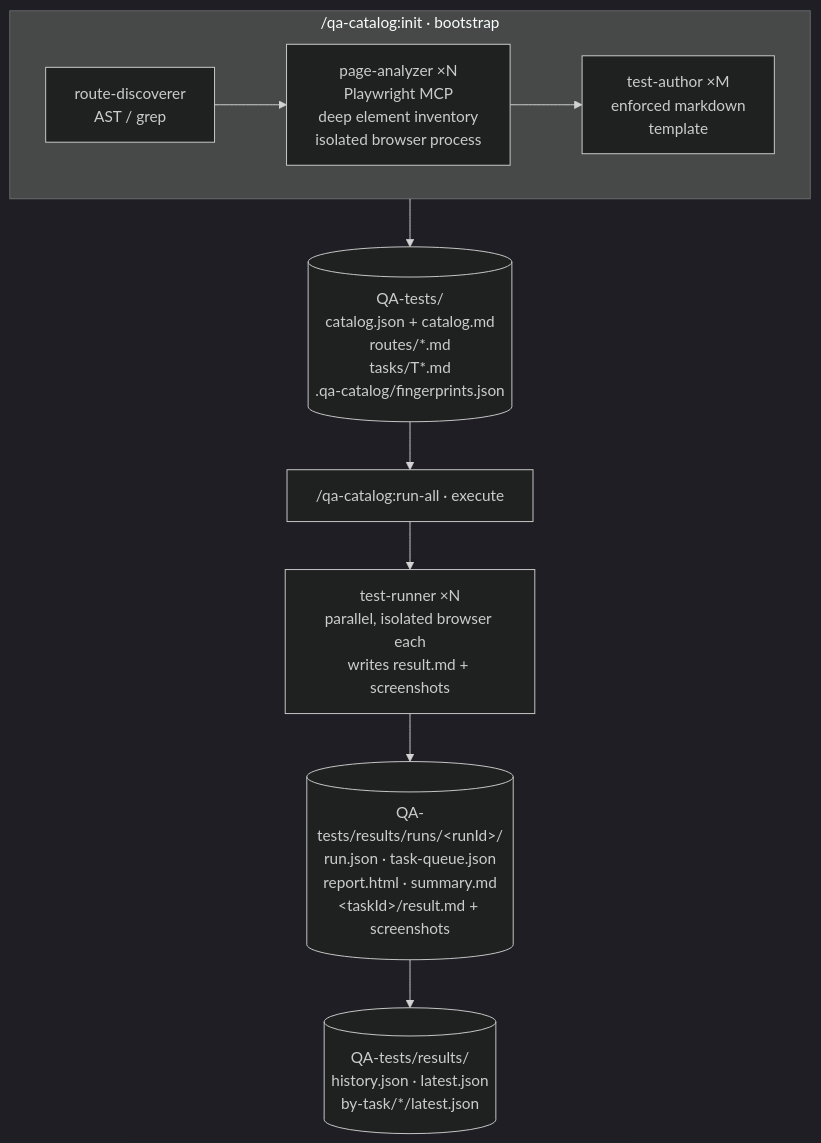
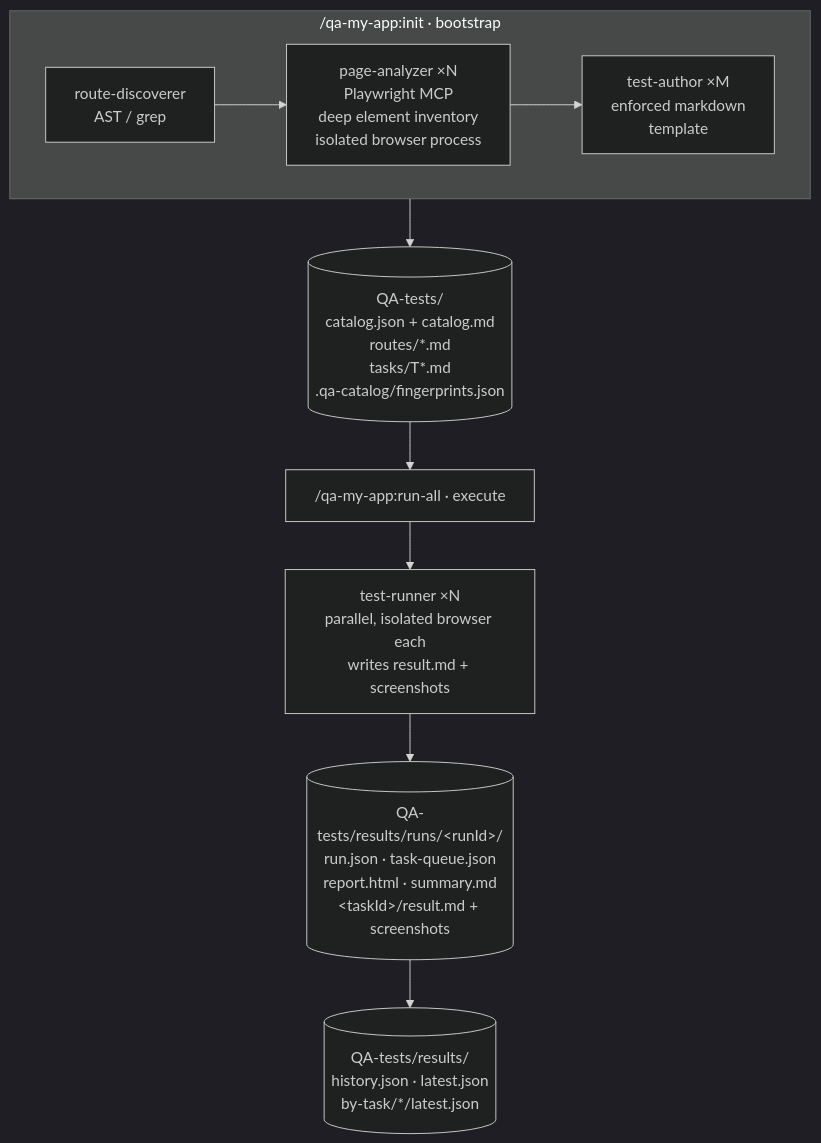
Before and after one commit to elwizard33/qa-my-app: the diagram in docs/ARCHITECTURE.md, drawn with Mermaid (dark theme). The commit also changed other lines of this file and 54 other files, not shown here.

````diff
--- a/docs/ARCHITECTURE.md
+++ b/docs/ARCHITECTURE.md
@@ -7,20 +7,20 @@
 ```mermaid
 flowchart TD
-    subgraph bootstrap["/qa-catalog:init  ·  bootstrap"]
+    subgraph bootstrap["/qa-my-app:init  ·  bootstrap"]
       direction LR
       RD[route-discoverer<br/>AST / grep]
       PA[page-analyzer ×N<br/>Playwright MCP<br/>deep element inventory<br/>isolated browser process]
       TA[test-author ×M<br/>enforced markdown<br/>template]
       RD --> PA --> TA
     end
 
     bootstrap --> Catalog[(QA-tests/<br/>catalog.json + catalog.md<br/>routes/*.md<br/>tasks/T*.md<br/>.qa-catalog/fingerprints.json)]
 
-    Catalog --> Execute["/qa-catalog:run-all  ·  execute"]
+    Catalog --> Execute["/qa-my-app:run-all  ·  execute"]
 
     Execute --> Runners[test-runner ×N<br/>parallel, isolated browser each<br/>writes result.md + screenshots]
 
     Runners --> Results[(QA-tests/results/runs/&lt;runId&gt;/<br/>run.json · task-queue.json<br/>report.html · summary.md<br/>&lt;taskId&gt;/result.md + screenshots)]
 
     Results --> History[(QA-tests/results/<br/>history.json · latest.json<br/>by-task/*/latest.json)]
 ```
````
